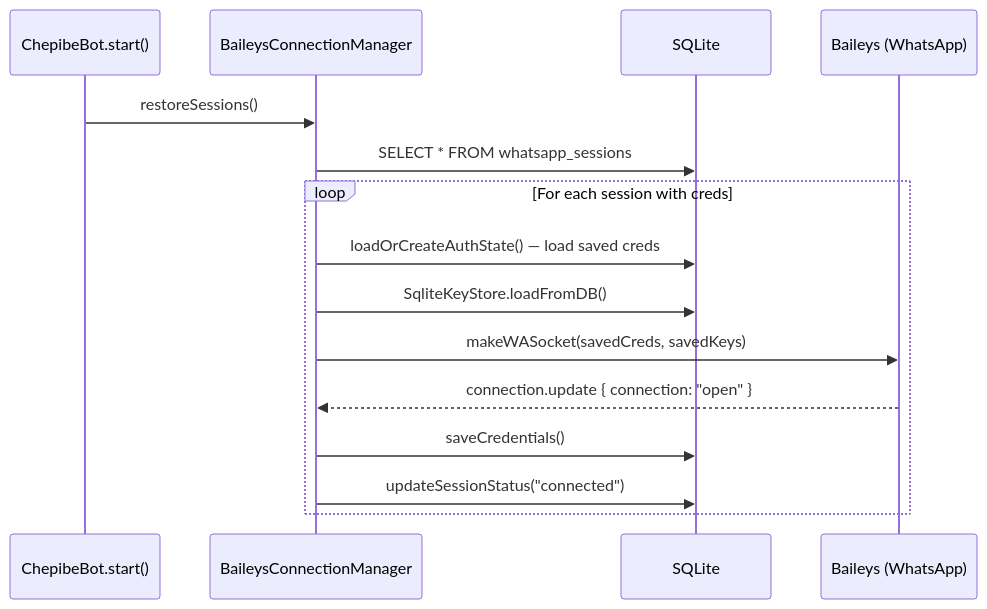
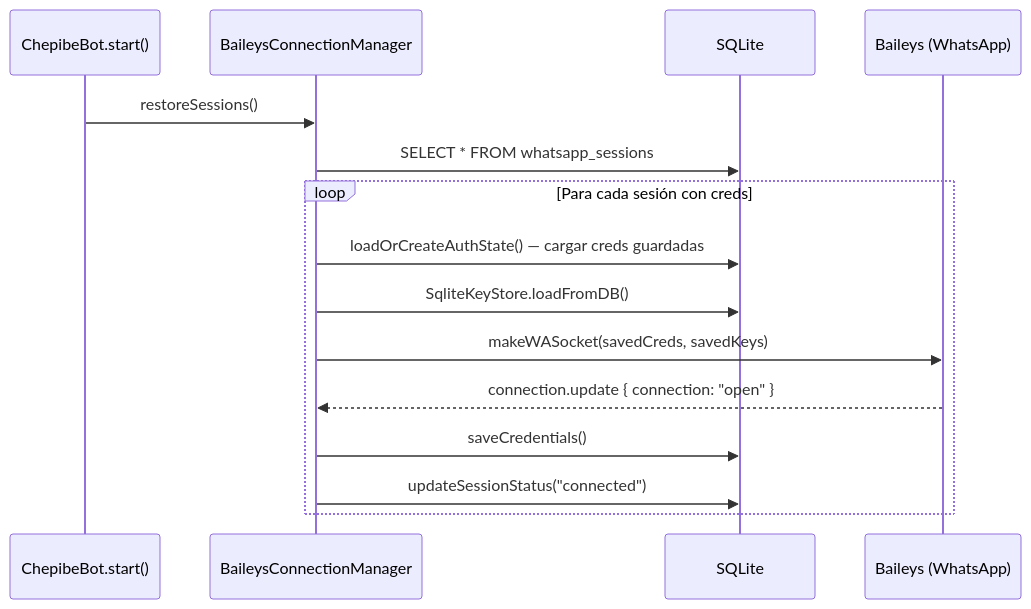
Before and after one commit to Fibra-Labs/chepibe-personal: the fourth of 9 diagrams in docs/whatsapp-session-lifecycle.md, drawn with Mermaid. The commit also changed other lines of this file and 8 other files, not shown here.

````diff
--- a/docs/whatsapp-session-lifecycle.md
+++ b/docs/whatsapp-session-lifecycle.md
@@ -109,18 +109,18 @@
 ```mermaid
 sequenceDiagram
     participant BOT as ChepibeBot.start()
     participant MGR as BaileysConnectionManager
     participant DB as SQLite
     participant BA as Baileys (WhatsApp)
 
     BOT->>MGR: restoreSessions()
     MGR->>DB: SELECT * FROM whatsapp_sessions
-    loop For each session with creds
-        MGR->>DB: loadOrCreateAuthState() — load saved creds
+    loop Para cada sesión con creds
+        MGR->>DB: loadOrCreateAuthState() — cargar creds guardadas
         MGR->>DB: SqliteKeyStore.loadFromDB()
         MGR->>BA: makeWASocket(savedCreds, savedKeys)
         BA-->>MGR: connection.update { connection: "open" }
         MGR->>DB: saveCredentials()
         MGR->>DB: updateSessionStatus("connected")
     end
 ```
````
